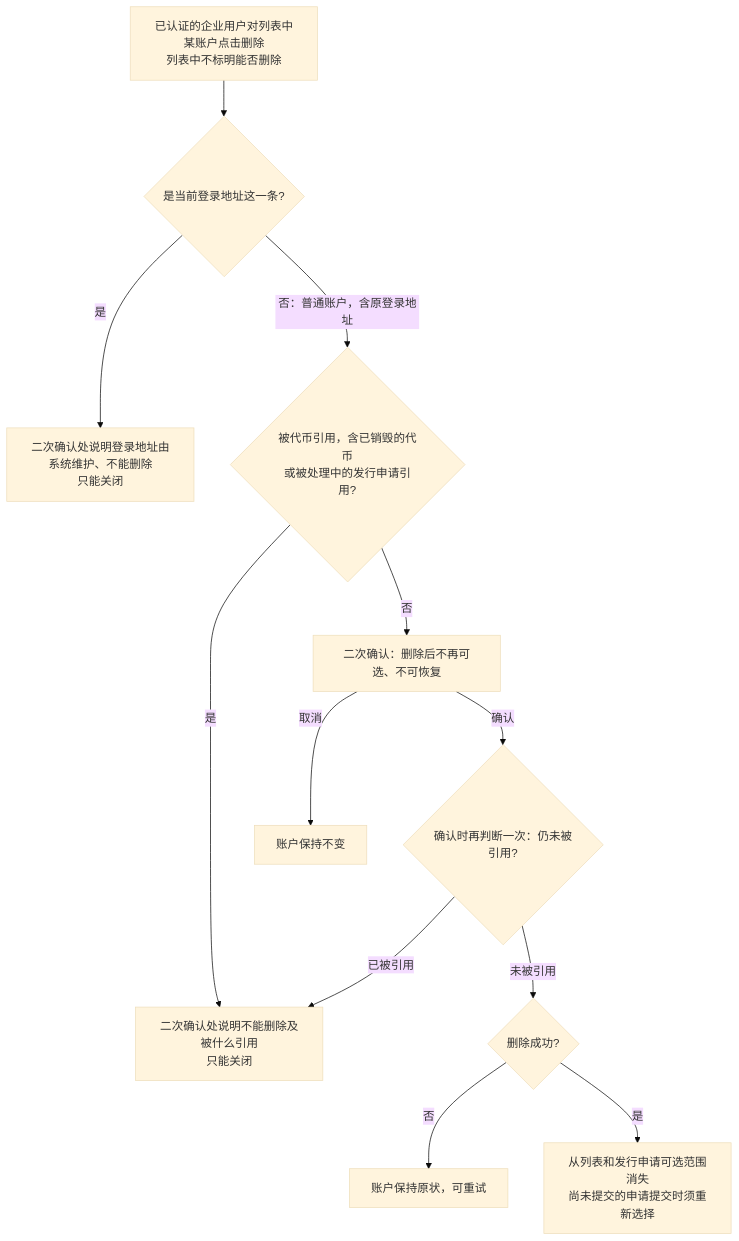
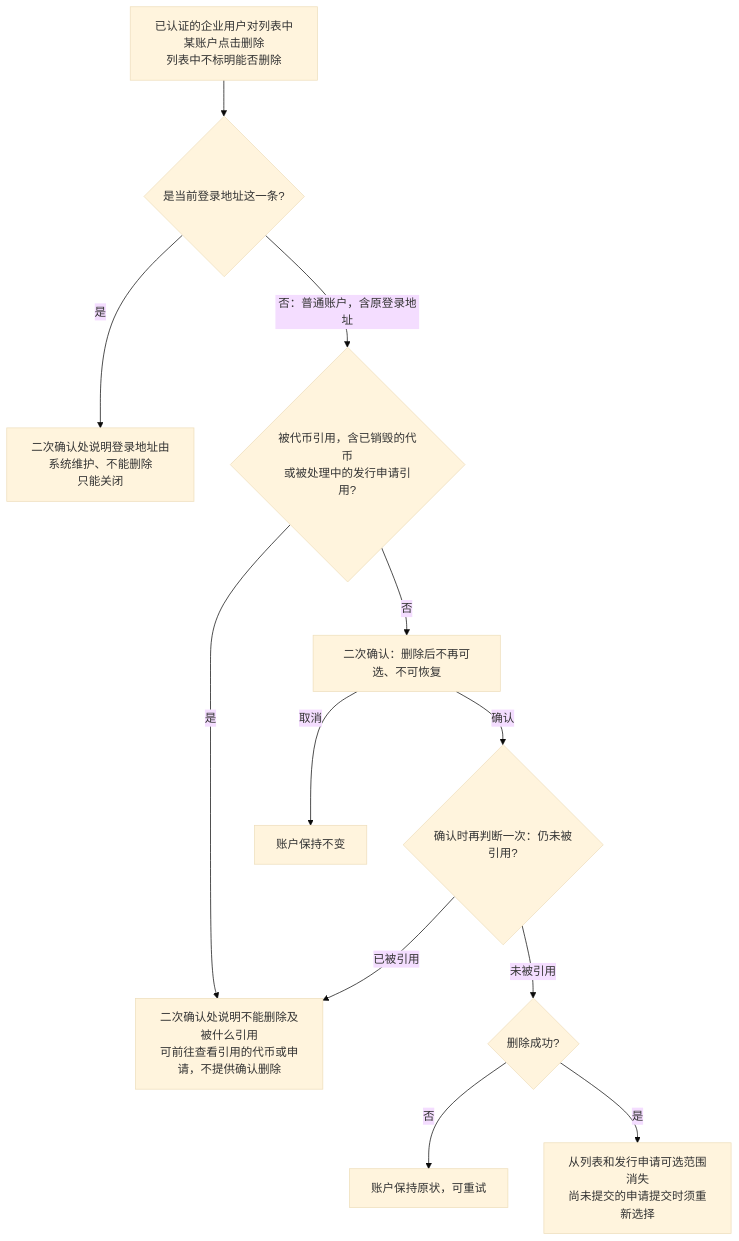
Before and after one commit to wxblockchain/Chain-Financing: the fourth of 8 diagrams in token-issuance-platform/PRD/面客端/M1-企业登录与企业账户/02-企业登录与企业账户-流程图与状态机.md, drawn with Mermaid (base theme). The commit also changed 2 other files, not shown here.

Commit message:
prd(WS-507): let the referenced-account delete dialog open the referencing token or application

````diff
--- a/token-issuance-platform/PRD/面客端/M1-企业登录与企业账户/02-企业登录与企业账户-流程图与状态机.md
+++ b/token-issuance-platform/PRD/面客端/M1-企业登录与企业账户/02-企业登录与企业账户-流程图与状态机.md
@@ -92,14 +92,14 @@
 ```mermaid
 flowchart TD
     A[已认证的企业用户对列表中某账户点击删除<br/>列表中不标明能否删除] --> B{是当前登录地址这一条?}
     B -->|是| B1[二次确认处说明登录地址由系统维护、不能删除<br/>只能关闭]
     B -->|否：普通账户，含原登录地址| C{被代币引用，含已销毁的代币<br/>或被处理中的发行申请引用?}
-    C -->|是| C1[二次确认处说明不能删除及被什么引用<br/>只能关闭]
+    C -->|是| C1[二次确认处说明不能删除及被什么引用<br/>可前往查看引用的代币或申请，不提供确认删除]
     C -->|否| D[二次确认：删除后不再可选、不可恢复]
     D -->|取消| D1[账户保持不变]
     D -->|确认| E{确认时再判断一次：仍未被引用?}
     E -->|已被引用| C1
     E -->|未被引用| F{删除成功?}
     F -->|否| F1[账户保持原状，可重试]
     F -->|是| G[从列表和发行申请可选范围消失<br/>尚未提交的申请提交时须重新选择]
 ```
````
